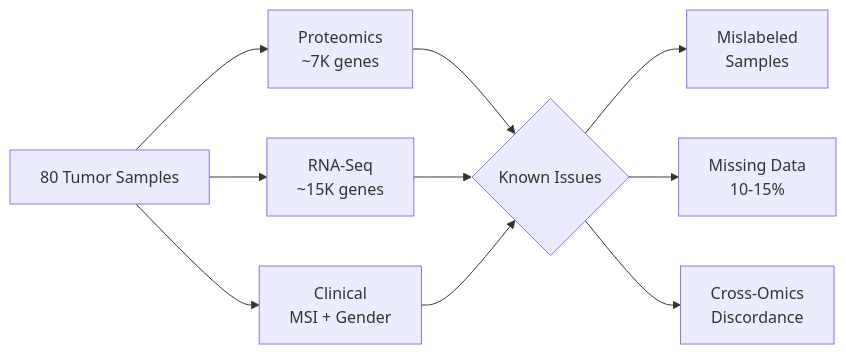
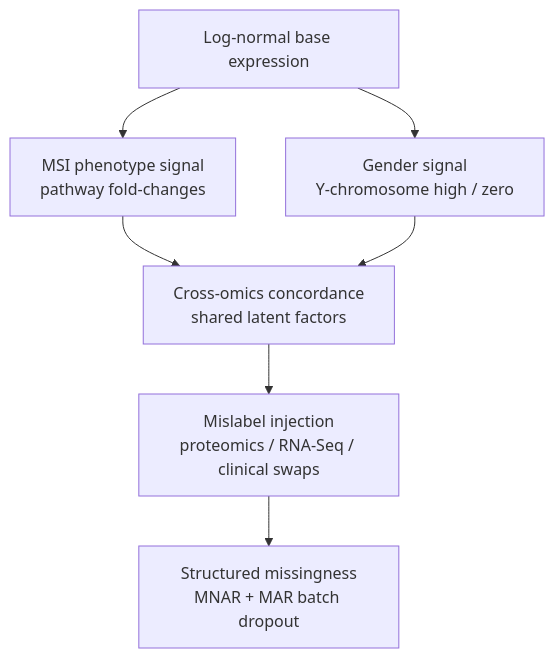
The second of 4 diagrams in README.md (hossainpazooki/upstream-label-correction), drawn with Mermaid before and after one commit. The commit also changed other lines of this file, not shown here.

````diff
--- a/README.md
+++ b/README.md
@@ -15,10 +79,8 @@
 ```mermaid
-flowchart LR
-    A[80 Tumor Samples] --> B["Proteomics\n~7K genes"]
-    A --> C["RNA-Seq\n~15K genes"]
-    A --> D["Clinical\nMSI + Gender"]
-    B & C & D --> E{Known Issues}
-    E --> F["Mislabeled\nSamples"]
-    E --> G["Missing Data\n10-15%"]
-    E --> H["Cross-Omics\nDiscordance"]
+flowchart TD
+    BASE["Log-normal base expression"] --> L1["MSI phenotype signal\npathway fold-changes"]
+    BASE --> L2["Gender signal\nY-chromosome high / zero"]
+    L1 & L2 --> L3["Cross-omics concordance\nshared latent factors"]
+    L3 --> L4["Mislabel injection\nproteomics / RNA-Seq / clinical swaps"]
+    L4 --> L5["Structured missingness\nMNAR + MAR batch dropout"]
 ```
````
